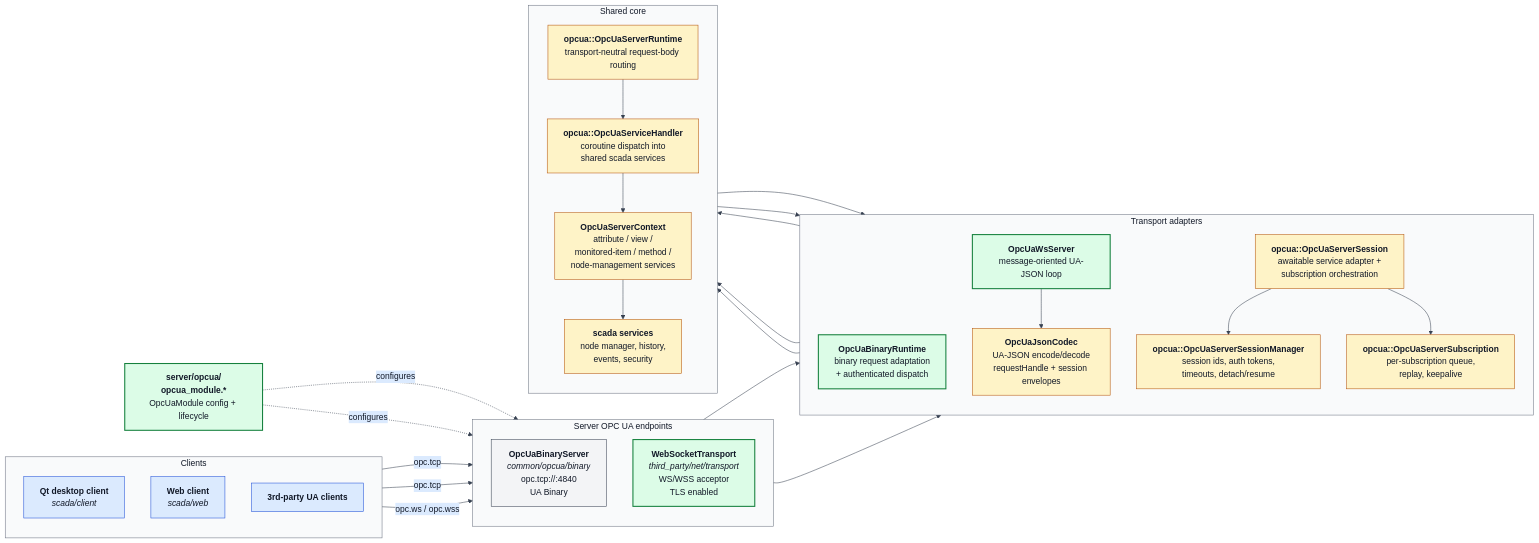
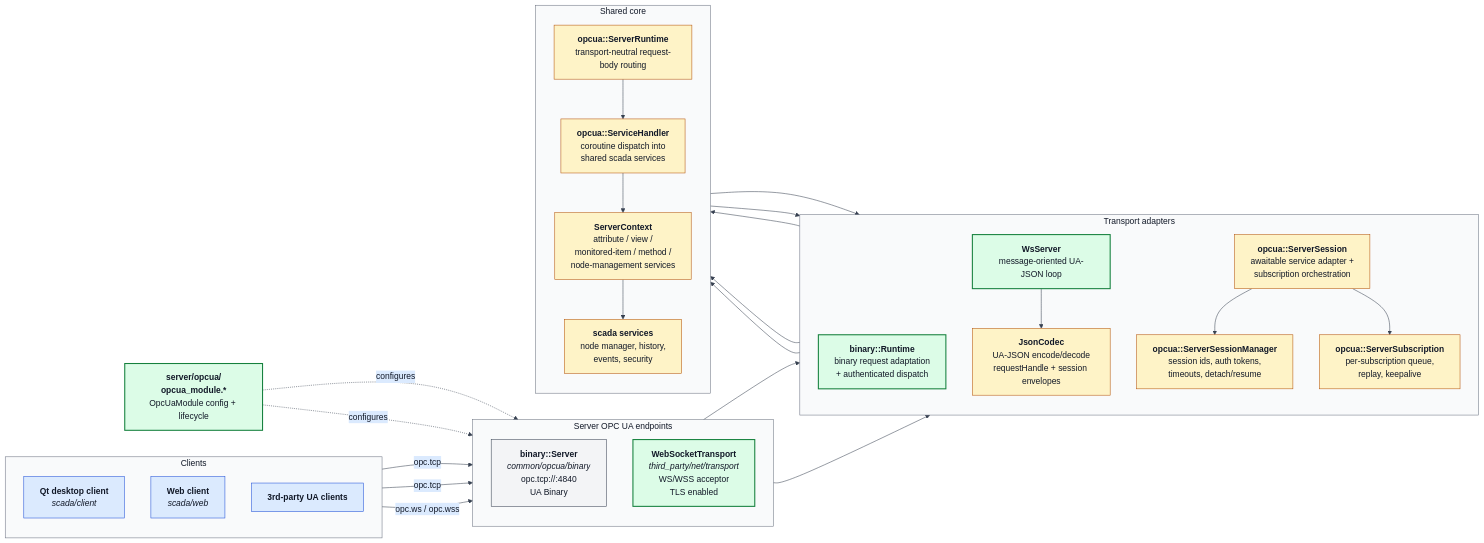
Before and after one commit to alexsmn/scada-common: the diagram in docs/diagrams/opcua_architecture.mmd, drawn with Mermaid. The commit also changed 100 other files, not shown here.

```diff
--- a/docs/diagrams/opcua_architecture.mmd
+++ b/docs/diagrams/opcua_architecture.mmd
@@ -1,86 +1,86 @@
 %%{init: {
   'theme': 'base',
   'themeVariables': {
     'background': '#ffffff',
     'primaryColor': '#f3f4f6',
     'primaryBorderColor': '#374151',
     'primaryTextColor': '#111827',
     'secondaryColor': '#dbeafe',
     'secondaryBorderColor': '#1d4ed8',
     'secondaryTextColor': '#111827',
     'tertiaryColor': '#fef3c7',
     'tertiaryBorderColor': '#b45309',
     'tertiaryTextColor': '#111827',
     'lineColor': '#374151',
     'defaultLinkColor': '#374151',
     'clusterBkg': '#f9fafb',
     'clusterBorder': '#6b7280',
     'titleColor': '#111827'
   },
   'flowchart': {'htmlLabels': true}
 }}%%
 flowchart LR
     subgraph Clients["Clients"]
         direction TB
         QT["<b>Qt desktop client</b><br/><i>scada/client</i>"]
         WEB["<b>Web client</b><br/><i>scada/web</i>"]
         NATIVE["<b>3rd-party UA clients</b>"]
     end
 
     subgraph Endpoints["Server OPC UA endpoints"]
         direction TB
-        TCP["<b>OpcUaBinaryServer</b><br/><i>common/opcua/binary</i><br/>opc.tcp://:4840<br/>UA Binary"]
+        TCP["<b>binary::Server</b><br/><i>common/opcua/binary</i><br/>opc.tcp://:4840<br/>UA Binary"]
         WSSOCK["<b>WebSocketTransport</b><br/><i>third_party/net/transport</i><br/>WS/WSS acceptor<br/>TLS enabled"]
     end
 
     subgraph Adapters["Transport adapters"]
         direction TB
-        BINARY["<b>OpcUaBinaryRuntime</b><br/>binary request adaptation<br/>+ authenticated dispatch"]
-        WS["<b>OpcUaWsServer</b><br/>message-oriented UA-JSON loop"]
-        SESS["<b>opcua::OpcUaServerSession</b><br/>awaitable service adapter +<br/>subscription orchestration"]
-        SMGR["<b>opcua::OpcUaServerSessionManager</b><br/>session ids, auth tokens,<br/>timeouts, detach/resume"]
-        SUB["<b>opcua::OpcUaServerSubscription</b><br/>per-subscription queue,<br/>replay, keepalive"]
-        CODEC["<b>OpcUaJsonCodec</b><br/>UA-JSON encode/decode<br/>requestHandle + session envelopes"]
+        BINARY["<b>binary::Runtime</b><br/>binary request adaptation<br/>+ authenticated dispatch"]
+        WS["<b>WsServer</b><br/>message-oriented UA-JSON loop"]
+        SESS["<b>opcua::ServerSession</b><br/>awaitable service adapter +<br/>subscription orchestration"]
+        SMGR["<b>opcua::ServerSessionManager</b><br/>session ids, auth tokens,<br/>timeouts, detach/resume"]
+        SUB["<b>opcua::ServerSubscription</b><br/>per-subscription queue,<br/>replay, keepalive"]
+        CODEC["<b>JsonCodec</b><br/>UA-JSON encode/decode<br/>requestHandle + session envelopes"]
     end
 
     subgraph Core["Shared core"]
         direction TB
-        RT["<b>opcua::OpcUaServerRuntime</b><br/>transport-neutral request-body routing"]
-        HANDLER["<b>opcua::OpcUaServiceHandler</b><br/>coroutine dispatch into<br/>shared scada services"]
-        CTX["<b>OpcUaServerContext</b><br/>attribute / view /<br/>monitored-item / method /<br/>node-management services"]
+        RT["<b>opcua::ServerRuntime</b><br/>transport-neutral request-body routing"]
+        HANDLER["<b>opcua::ServiceHandler</b><br/>coroutine dispatch into<br/>shared scada services"]
+        CTX["<b>ServerContext</b><br/>attribute / view /<br/>monitored-item / method /<br/>node-management services"]
         SVC["<b>scada services</b><br/>node manager, history,<br/>events, security"]
     end
 
     MOD["<b>server/opcua/<br/>opcua_module.*</b><br/>OpcUaModule config + lifecycle"]
 
     QT -->|opc.tcp| TCP
     NATIVE -->|opc.tcp| TCP
     WEB -->|opc.ws / opc.wss| WSSOCK
 
     WSSOCK --> WS
     WS --> CODEC
     WS --> RT
     TCP --> BINARY
     BINARY --> RT
     RT --> SESS
     RT --> SMGR
     RT --> HANDLER
     SESS --> SMGR
     SESS --> SUB
     HANDLER --> CTX
     SMGR --> CTX
 
     CTX --> SVC
 
     MOD -.configures.-> TCP
     MOD -.configures.-> WSSOCK
 
     classDef clientStyle fill:#dbeafe,stroke:#1d4ed8,color:#111827
     classDef newModule fill:#dcfce7,stroke:#15803d,color:#111827,stroke-width:2px
     classDef existing fill:#f3f4f6,stroke:#374151,color:#111827
     classDef core fill:#fef3c7,stroke:#b45309,color:#111827
     class QT,WEB,NATIVE clientStyle
     class WSSOCK,WS,BINARY,MOD newModule
     class TCP existing
     class SESS,SMGR,SUB,CODEC core
     class RT,HANDLER,CTX,SVC core
```
